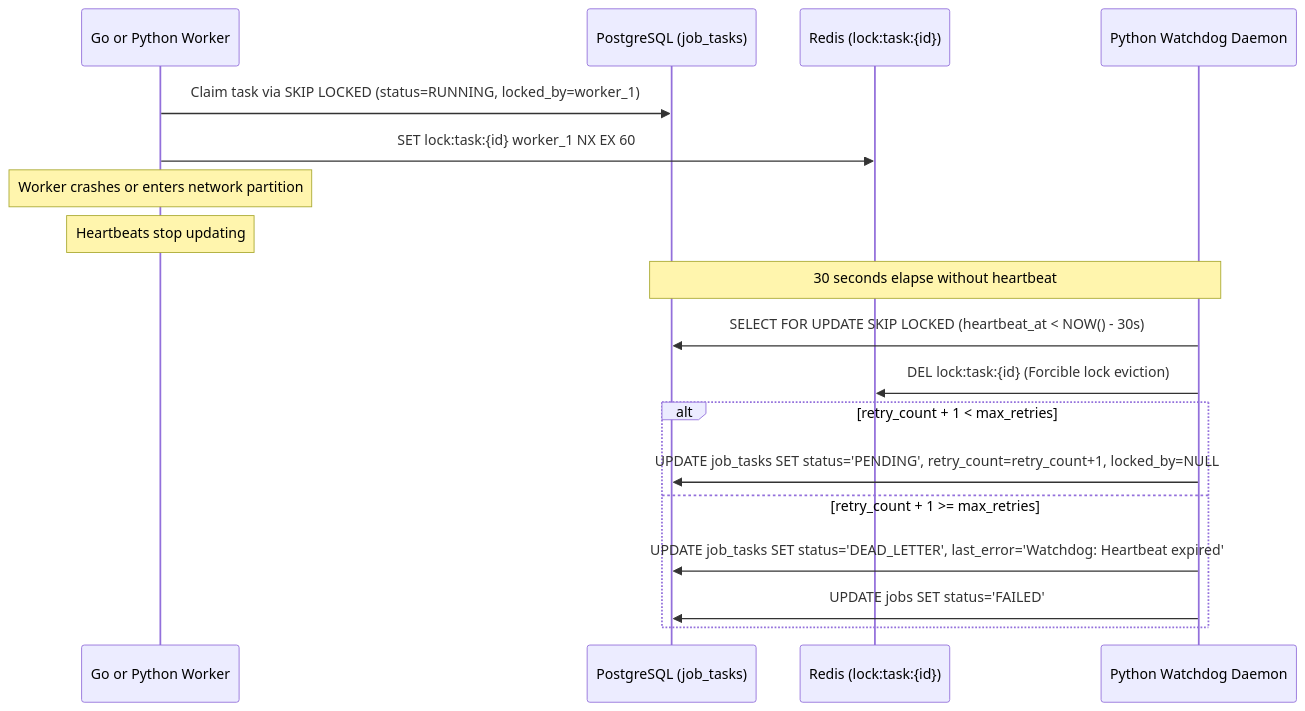
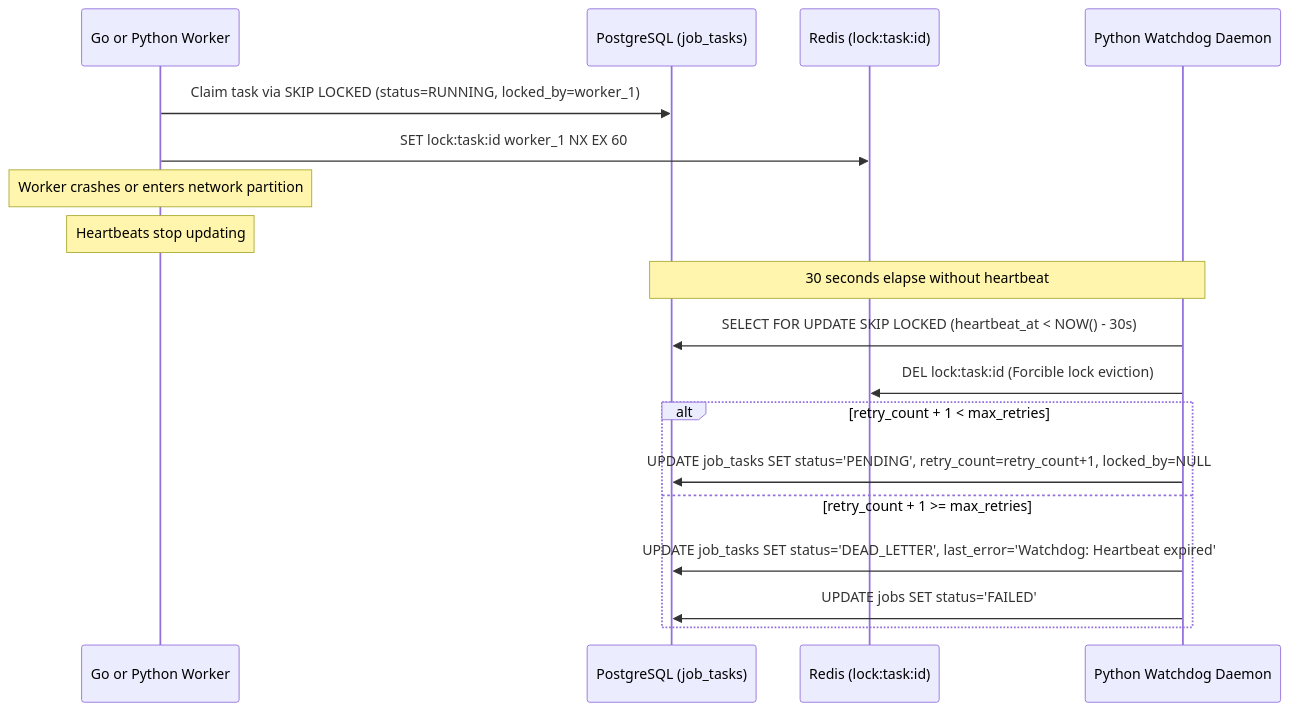
Before and after one commit to mandarborkar2304/Distributed-Transaction-Task-Orchestration-Engine: the second of 2 diagrams in docs/ARCHITECTURE.md, drawn with Mermaid. The commit also changed other lines of this file and 3 other files, not shown here.

Commit message:
docs: resolve mermaid diagram parsing syntax error and attach live demo links

````diff
--- a/docs/ARCHITECTURE.md
+++ b/docs/ARCHITECTURE.md
@@ -352,21 +352,21 @@
 ```mermaid
 sequenceDiagram
     participant Worker as Go or Python Worker
     participant DB as PostgreSQL (job_tasks)
-    participant Redis as Redis (lock:task:{id})
+    participant Redis as Redis (lock:task:id)
     participant Watchdog as Python Watchdog Daemon
 
     Worker->>DB: Claim task via SKIP LOCKED (status=RUNNING, locked_by=worker_1)
-    Worker->>Redis: SET lock:task:{id} worker_1 NX EX 60
+    Worker->>Redis: SET lock:task:id worker_1 NX EX 60
     Note over Worker: Worker crashes or enters network partition
     Note over Worker: Heartbeats stop updating
     Note over DB,Watchdog: 30 seconds elapse without heartbeat
     Watchdog->>DB: SELECT FOR UPDATE SKIP LOCKED (heartbeat_at < NOW() - 30s)
-    Watchdog->>Redis: DEL lock:task:{id} (Forcible lock eviction)
+    Watchdog->>Redis: DEL lock:task:id (Forcible lock eviction)
     alt retry_count + 1 < max_retries
         Watchdog->>DB: UPDATE job_tasks SET status='PENDING', retry_count=retry_count+1, locked_by=NULL
     else retry_count + 1 >= max_retries
         Watchdog->>DB: UPDATE job_tasks SET status='DEAD_LETTER', last_error='Watchdog: Heartbeat expired'
         Watchdog->>DB: UPDATE jobs SET status='FAILED'
     end
 ```
````
